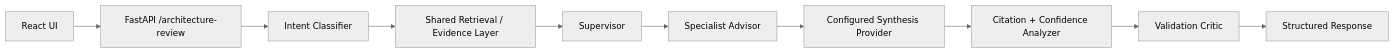
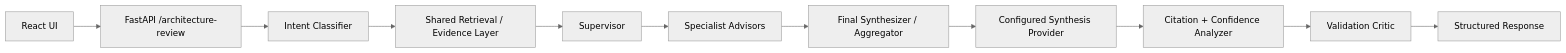
Before and after one commit to BfShaik/OCI-Architecture-Studio: the diagram in docs/supervised-orchestration.md, drawn with Mermaid (neutral theme). The commit also changed other lines of this file and 22 other files, not shown here.

````diff
--- a/docs/supervised-orchestration.md
+++ b/docs/supervised-orchestration.md
@@ -20,12 +21,13 @@
 ```mermaid
 flowchart LR
     UI["React UI"] --> API["FastAPI /architecture-review"]
     API --> Classifier["Intent Classifier"]
     Classifier --> Retrieval["Shared Retrieval / Evidence Layer"]
     Retrieval --> Supervisor["Supervisor"]
-    Supervisor --> Specialist["Specialist Advisor"]
-    Specialist --> Synth["Configured Synthesis Provider"]
+    Supervisor --> Specialists["Specialist Advisors"]
+    Specialists --> Aggregator["Final Synthesizer / Aggregator"]
+    Aggregator --> Synth["Configured Synthesis Provider"]
     Synth --> Quality["Citation + Confidence Analyzer"]
     Quality --> Critic["Validation Critic"]
     Critic --> Response["Structured Response"]
 ```
````
